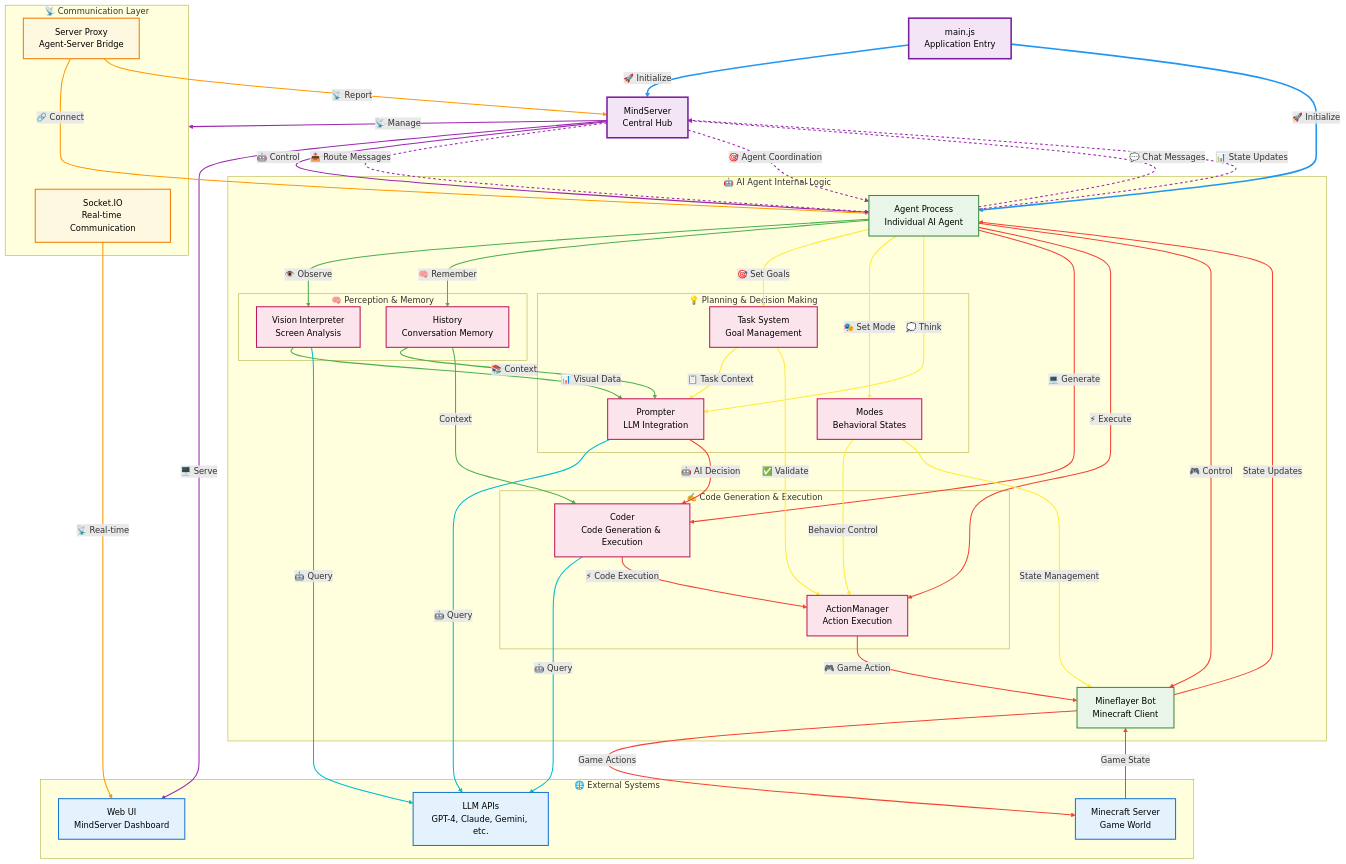
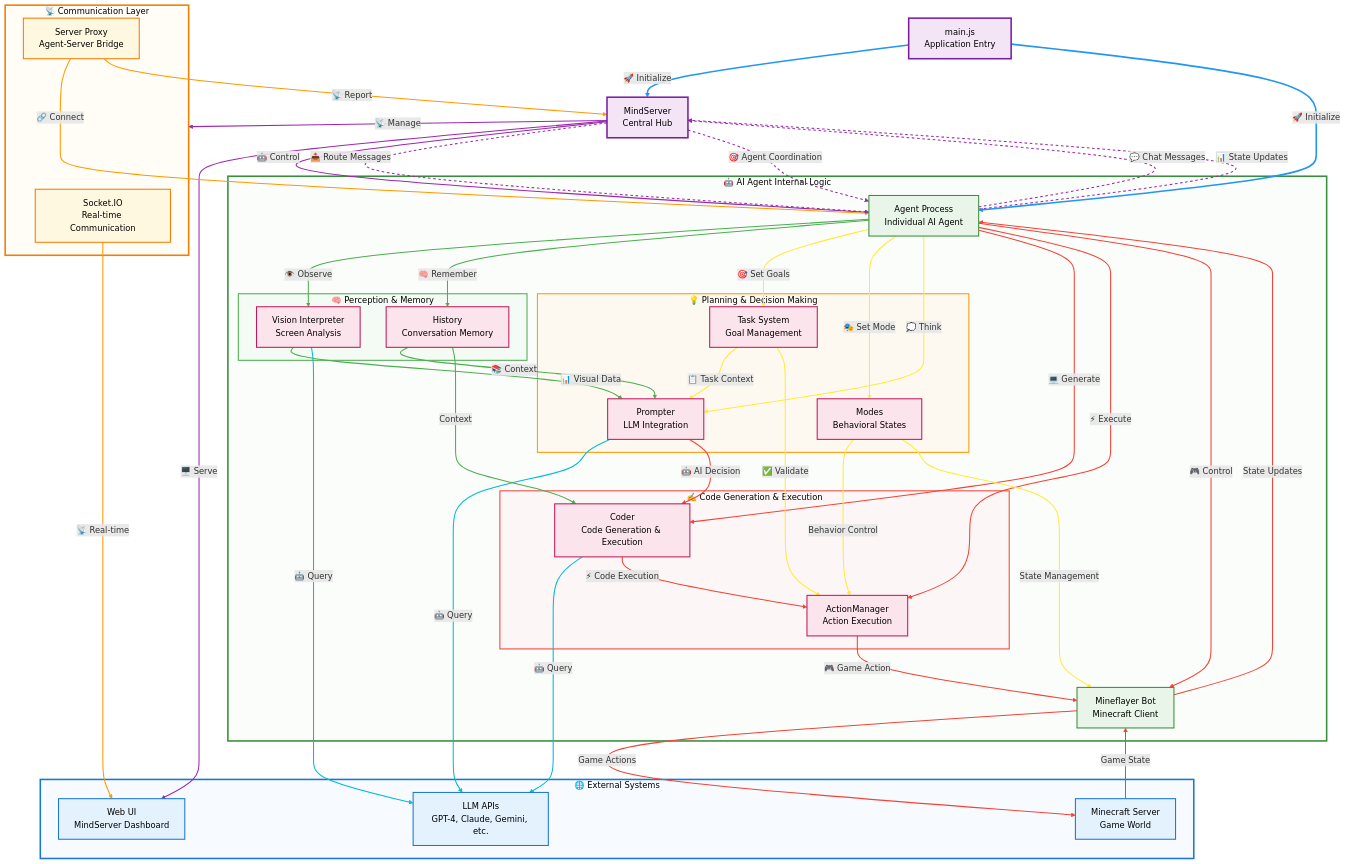
Before and after one commit to kolbytn/mindcraft: the diagram in ARCHITECTURE.md, drawn with Mermaid. The commit also changed other lines of this file, not shown here.

Commit message:
Add translucent background colors for subgraph areas
- Apply light translucent backgrounds to each functional subgraph
- Use color-coded backgrounds that match the functional purpose:
  * Light Blue: External Systems
  * Light Orange: Communication Layer
  * Light Green: AI Agent Internal Logic
  * Darker Green: Perception & Memory
  * Light Yellow: Planning & Decision Making
  * Light Red: Code Generation & Execution
- Add fill-opacity for subtle translucent effect
- Update legend to include subgraph background color meanings
- Enhance visual separation of different functional areas
- Improve diagram readability and component grouping
- Maintain high contrast for text readability

```diff
--- a/ARCHITECTURE.md
+++ b/ARCHITECTURE.md
@@ -117,6 +117,14 @@
     class SOCKET,PROXY communication
     class PROMPTER,CODER,ACTIONS,TASKS,HISTORY,MODES,VISION data
 
+    %% Subgraph Background Styling
+    style EXTERNAL fill:#e3f2fd,stroke:#1976d2,stroke-width:3px,color:#000,fill-opacity:0.3
+    style COMM fill:#fff8e1,stroke:#f57c00,stroke-width:3px,color:#000,fill-opacity:0.3
+    style AGENT_LOGIC fill:#e8f5e8,stroke:#388e3c,stroke-width:3px,color:#000,fill-opacity:0.2
+    style PERCEPTION fill:#e8f5e8,stroke:#4caf50,stroke-width:2px,color:#000,fill-opacity:0.4
+    style PLANNING fill:#fff3e0,stroke:#ff9800,stroke-width:2px,color:#000,fill-opacity:0.4
+    style EXECUTION fill:#ffebee,stroke:#f44336,stroke-width:2px,color:#000,fill-opacity:0.4
+
     %% Link Styling - Organized by Flow Type
     %% System Initialization (Blue)
     linkStyle 0 stroke:#2196F3,stroke-width:3px
```
